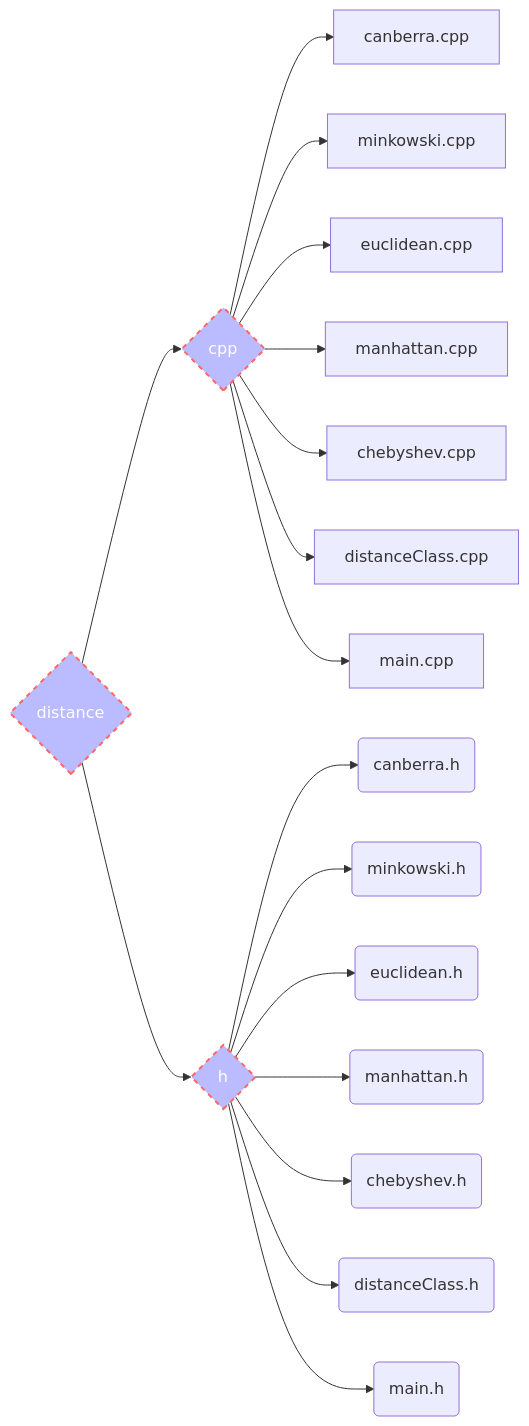
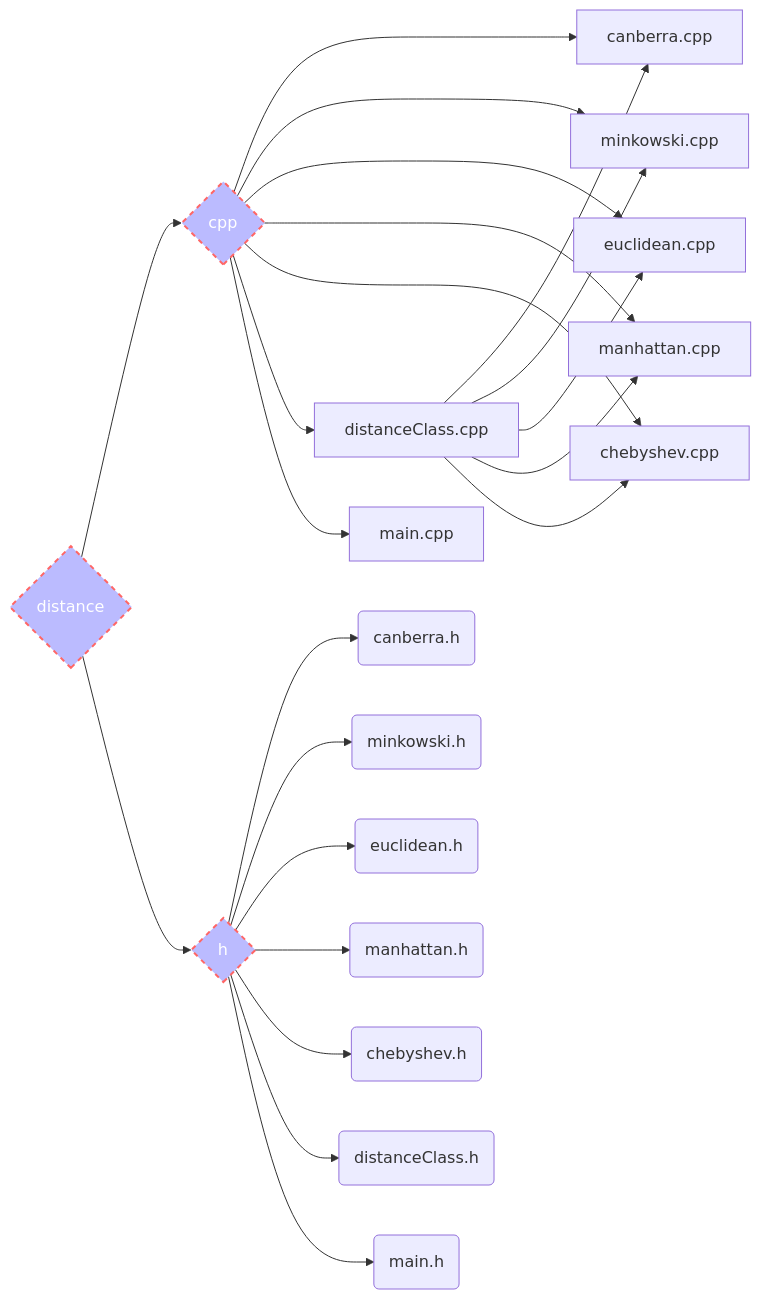
One commit to zildogga/KNN-and-Sockets changed the second of 2 diagrams in README.md. Above: the diagram before and after it, drawn with Mermaid.

Commit message:
Update README.md
added inheritance to readme file

````diff
--- a/README.md
+++ b/README.md
@@ -107,23 +107,28 @@
 ```mermaid
 flowchart LR;
 id1{distance}-->id2(cpp)
 id1{distance}-->id3(h)
 id2{cpp}-->canberra.cpp
 id2{cpp}-->minkowski.cpp
 id2{cpp}-->euclidean.cpp
 id2{cpp}-->manhattan.cpp
 id2{cpp}-->chebyshev.cpp
 id2{cpp}-->distanceClass.cpp
+distanceClass.cpp-->canberra.cpp
+distanceClass.cpp-->minkowski.cpp
+distanceClass.cpp-->euclidean.cpp
+distanceClass.cpp-->manhattan.cpp
+distanceClass.cpp-->chebyshev.cpp
 id2{cpp}-->main.cpp
 id3{h}-->canberra.h(canberra.h)
 id3{h}-->minkowski.h(minkowski.h)
 id3{h}-->euclidean.h(euclidean.h)
 id3{h}-->manhattan.h(manhattan.h)
 id3{h}-->chebyshev.h(chebyshev.h)
 id3{h}-->distanceClass.h(distanceClass.h)
 id3{h}-->main.h(main.h)
 style id1 fill:#bbf,stroke:#f66,stroke-width:2px,color:#fff,stroke-dasharray: 5 5
 style id2 fill:#bbf,stroke:#f66,stroke-width:2px,color:#fff,stroke-dasharray: 5 5
 style id3 fill:#bbf,stroke:#f66,stroke-width:2px,color:#fff,stroke-dasharray: 5 5
 
 ```
````
